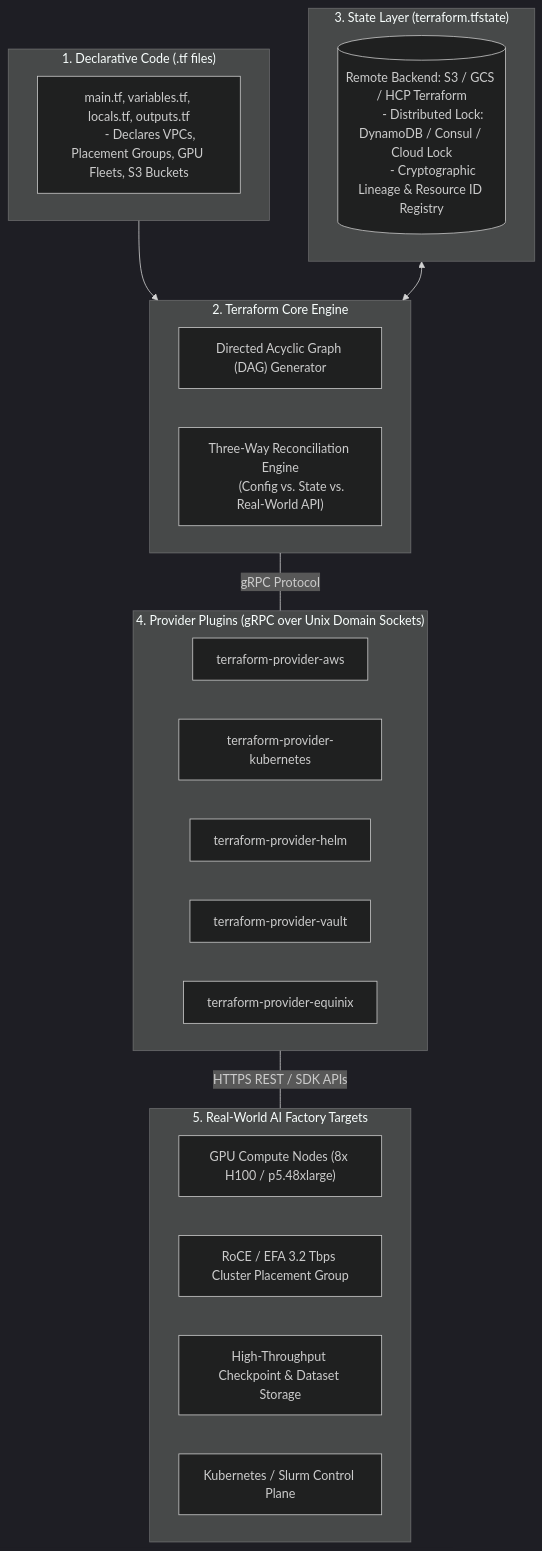
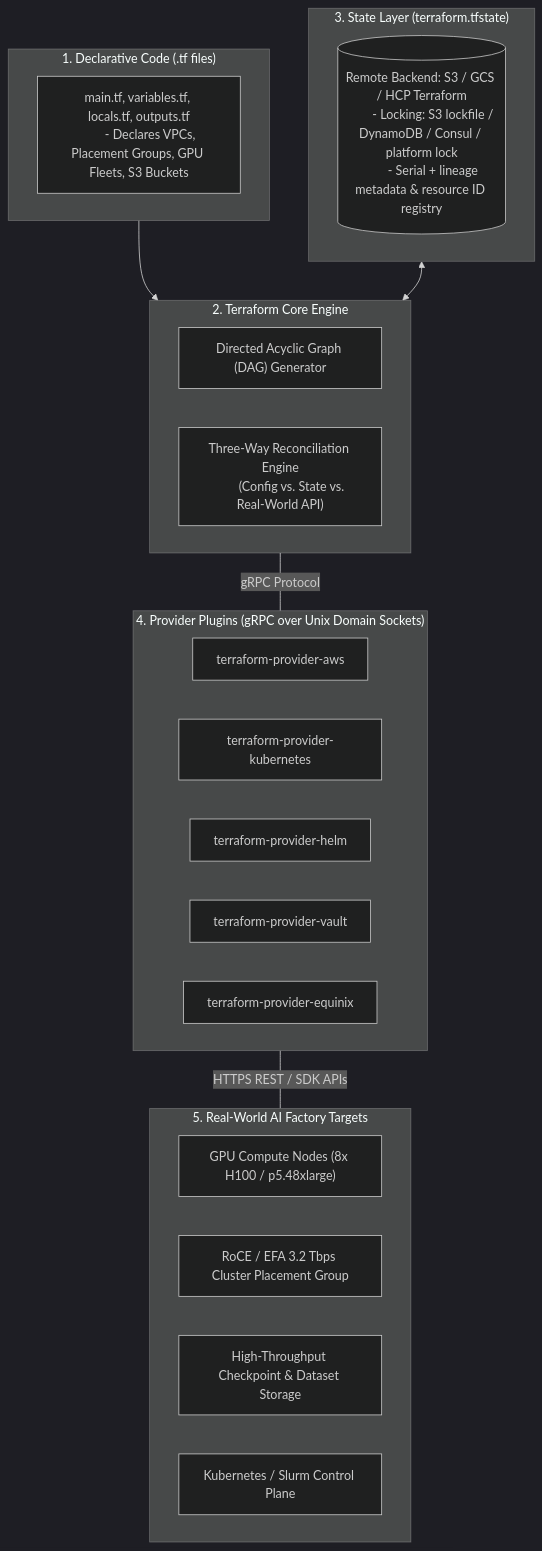
Before and after one commit to jithinpnjm/nvidia-devops: the first of 4 diagrams in docs/volume-10/05-terraform-for-infrastructure-as-code.md, drawn with Mermaid (dark theme). The commit also changed other lines of this file and 289 other files, not shown here.

````diff
--- a/docs/volume-10/05-terraform-for-infrastructure-as-code.md
+++ b/docs/volume-10/05-terraform-for-infrastructure-as-code.md
@@ -59,39 +59,39 @@
 ```mermaid
 flowchart TD
     subgraph DeclarativeConfig["1. Declarative Code (.tf files)"]
         HCL["main.tf, variables.tf, locals.tf, outputs.tf
         - Declares VPCs, Placement Groups, GPU Fleets, S3 Buckets"]
     end
 
     subgraph CoreEngine["2. Terraform Core Engine"]
         DAG["Directed Acyclic Graph (DAG) Generator"]
         DIFF["Three-Way Reconciliation Engine
         (Config vs. State vs. Real-World API)"]
     end
 
     subgraph StateStorage["3. State Layer (terraform.tfstate)"]
         REMOTE_STATE[("Remote Backend: S3 / GCS / HCP Terraform
-        - Distributed Lock: DynamoDB / Consul / Cloud Lock
-        - Cryptographic Lineage & Resource ID Registry")]
+        - Locking: S3 lockfile / DynamoDB / Consul / platform lock
+        - Serial + lineage metadata & resource ID registry")]
     end
 
     subgraph ProviderPlugins["4. Provider Plugins (gRPC over Unix Domain Sockets)"]
         P_AWS["terraform-provider-aws"]
         P_K8S["terraform-provider-kubernetes"]
         P_HELM["terraform-provider-helm"]
         P_VAULT["terraform-provider-vault"]
         P_EQUINIX["terraform-provider-equinix"]
     end
 
     subgraph RealWorldInfra["5. Real-World AI Factory Targets"]
         GPU_INSTANCES["GPU Compute Nodes (8x H100 / p5.48xlarge)"]
         FABRIC["RoCE / EFA 3.2 Tbps Cluster Placement Group"]
         STORAGE["High-Throughput Checkpoint & Dataset Storage"]
         K8S_CTRL["Kubernetes / Slurm Control Plane"]
     end
 
     DeclarativeConfig --> CoreEngine
     StateStorage <--> CoreEngine
     CoreEngine -- "gRPC Protocol" --- ProviderPlugins
     ProviderPlugins -- "HTTPS REST / SDK APIs" --- RealWorldInfra
 ```
````
